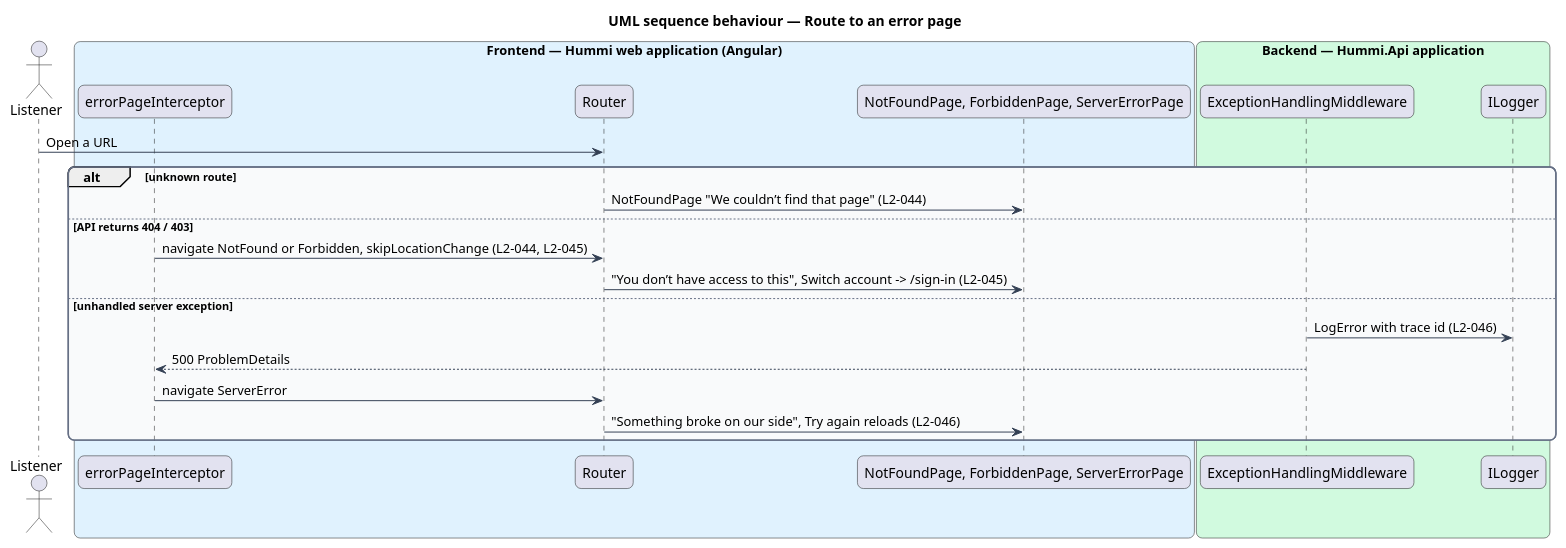
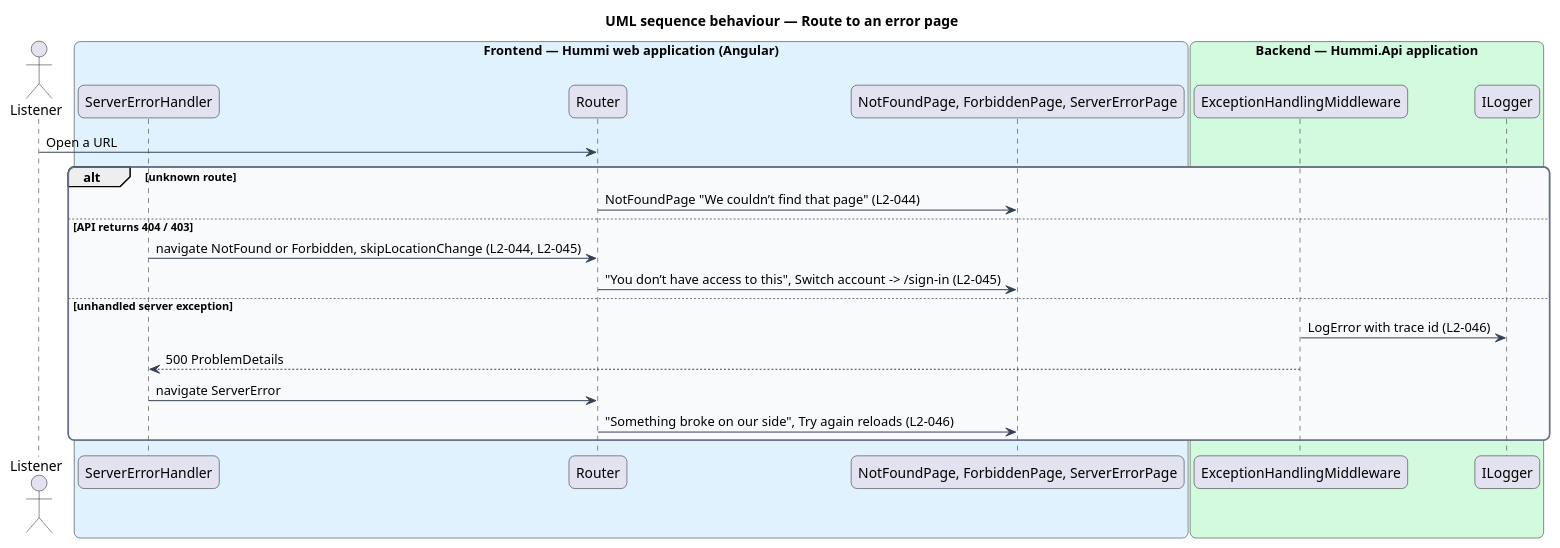
The diagram in docs/detailed-designs/system-feedback/show-error-pages/diagrams/sequence-errors.puml (QuinntyneBrown/hummi), drawn with PlantUML before and after one commit. The commit also changed 35 other files, not shown here.

First line of the commit message:
Get clear feedback: banners, Server error, modal dialogs and the remaining feedback tests

```diff
--- a/docs/detailed-designs/system-feedback/show-error-pages/diagrams/sequence-errors.puml
+++ b/docs/detailed-designs/system-feedback/show-error-pages/diagrams/sequence-errors.puml
@@ -1,39 +1,39 @@
 @startuml
 title UML sequence behaviour — Route to an error page
 skinparam backgroundColor #FFFFFF
 skinparam shadowing false
 skinparam roundcorner 12
 skinparam defaultFontName Arial
 skinparam ArrowColor #344054
 skinparam rectangle {
   BorderColor #344054
   FontColor #101828
 }
 skinparam package {
   BorderColor #667085
   FontColor #101828
   BackgroundColor #F9FAFB
 }
 actor "Listener" as u
 box "Frontend — Hummi web application (Angular)" #E0F2FE
-  participant "errorPageInterceptor" as int
+  participant "ServerErrorHandler" as int
   participant "Router" as router
   participant "NotFoundPage, ForbiddenPage, ServerErrorPage" as pages
 end box
 box "Backend — Hummi.Api application" #D1FADF
   participant "ExceptionHandlingMiddleware" as mw
   participant "ILogger" as log
 end box
 u -> router : Open a URL
 alt unknown route
   router -> pages : NotFoundPage "We couldn’t find that page" (L2-044)
 else API returns 404 / 403
   int -> router : navigate NotFound or Forbidden, skipLocationChange (L2-044, L2-045)
   router -> pages : "You don’t have access to this", Switch account -> /sign-in (L2-045)
 else unhandled server exception
   mw -> log : LogError with trace id (L2-046)
   mw --> int : 500 ProblemDetails
   int -> router : navigate ServerError
   router -> pages : "Something broke on our side", Try again reloads (L2-046)
 end
 @enduml
```
